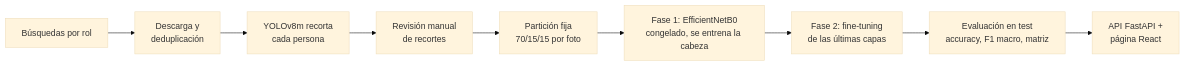
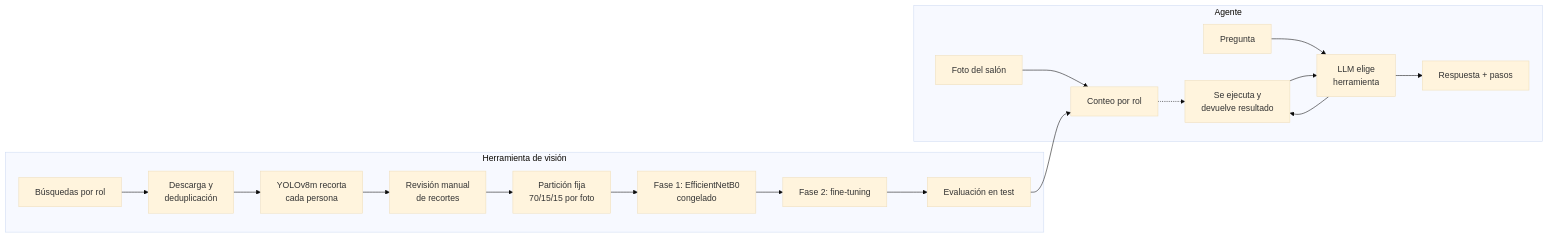
Before and after one commit to Trerass/SmartClassrooms-Roles: the first of 2 diagrams in README.md, drawn with Mermaid (base theme). The commit also changed other lines of this file and 15 other files, not shown here.

First line of the commit message:
Agente con herramientas: LLM + visión, casos de prueba, interfaz de chat y README

````diff
--- a/README.md
+++ b/README.md
@@ -46,11 +64,21 @@
 ```mermaid
 flowchart LR
-    A[Búsquedas por rol] --> B[Descarga y<br/>deduplicación]
-    B --> C[YOLOv8m recorta<br/>cada persona]
-    C --> D[Revisión manual<br/>de recortes]
-    D --> E[Partición fija<br/>70/15/15 por foto]
-    E --> F[Fase 1: EfficientNetB0<br/>congelado, se entrena la cabeza]
-    F --> G[Fase 2: fine-tuning<br/>de las últimas capas]
-    G --> H[Evaluación en test<br/>accuracy, F1 macro, matriz]
-    H --> I[API FastAPI +<br/>página React]
+    subgraph V[Herramienta de visión]
+        A[Búsquedas por rol] --> B[Descarga y<br/>deduplicación]
+        B --> C[YOLOv8m recorta<br/>cada persona]
+        C --> D[Revisión manual<br/>de recortes]
+        D --> E[Partición fija<br/>70/15/15 por foto]
+        E --> F[Fase 1: EfficientNetB0<br/>congelado]
+        F --> G[Fase 2: fine-tuning]
+        G --> H[Evaluación en test]
+    end
+    subgraph AG[Agente]
+        I[Foto del salón] --> J[Conteo por rol]
+        K[Pregunta] --> L[LLM elige<br/>herramienta]
+        L --> M[Se ejecuta y<br/>devuelve resultado]
+        M --> L
+        L --> N[Respuesta + pasos]
+    end
+    H --> J
+    J -.-> M
 ```
````
